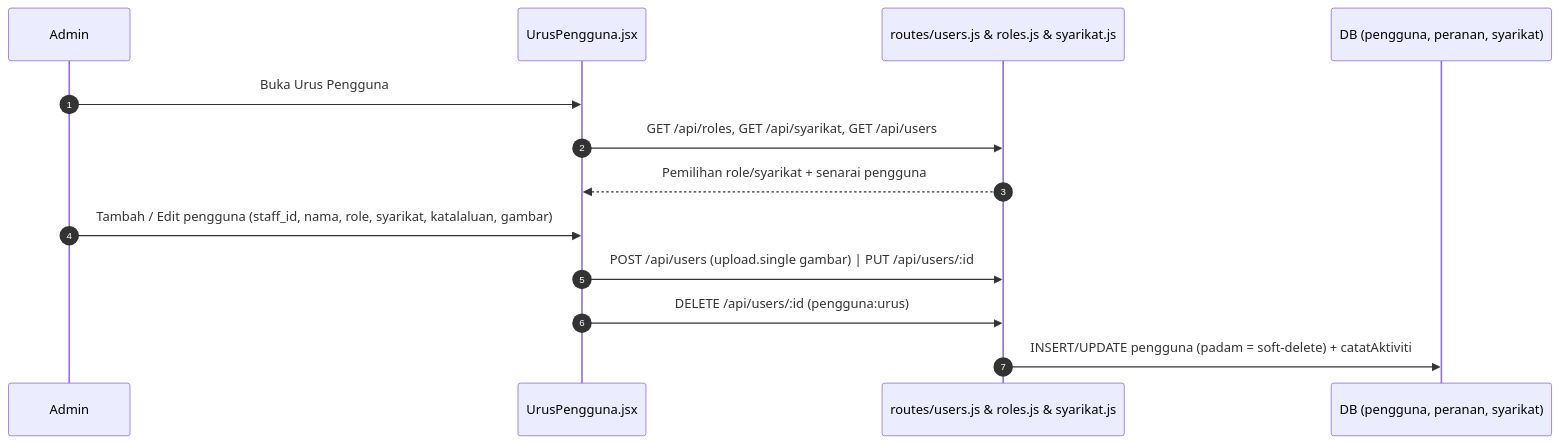
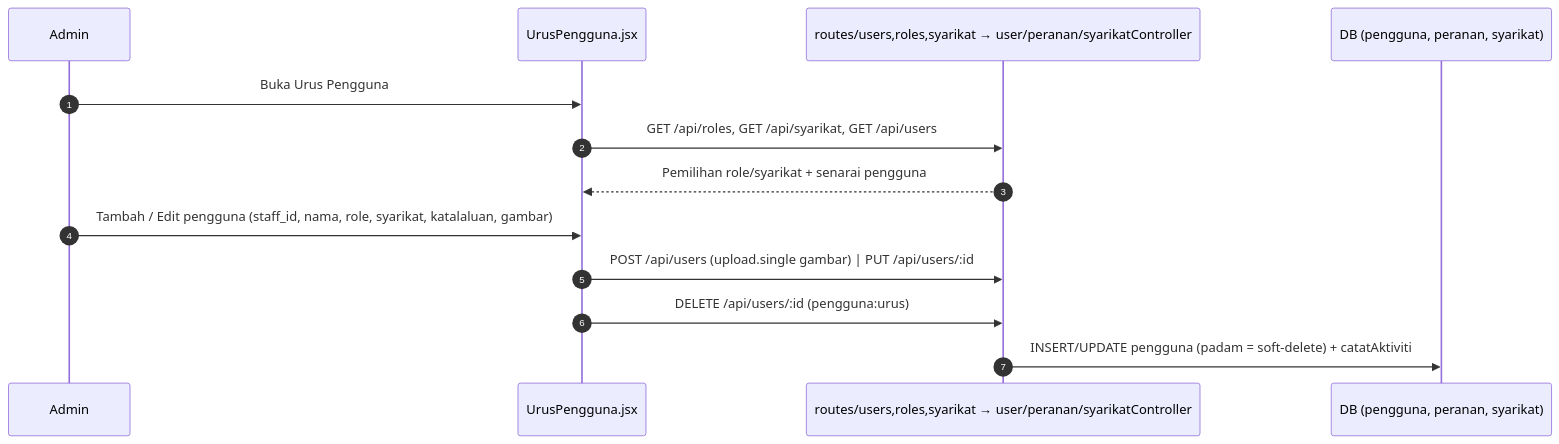
The diagram in docs/pipeline/08-pengguna-notifikasi-log.md (aimaniss/RiskManagementSystem), drawn with Mermaid before and after one commit. The commit also changed 35 other files, not shown here.

````diff
--- a/docs/pipeline/08-pengguna-notifikasi-log.md
+++ b/docs/pipeline/08-pengguna-notifikasi-log.md
@@ -10,16 +10,16 @@
 ```mermaid
 sequenceDiagram
   autonumber
   participant A as Admin
   participant U as UrusPengguna.jsx
-  participant B as routes/users.js & roles.js & syarikat.js
+  participant B as routes/users,roles,syarikat → user/peranan/syarikatController
   participant DB as DB (pengguna, peranan, syarikat)
 
   A->>U: Buka Urus Pengguna
   U->>B: GET /api/roles, GET /api/syarikat, GET /api/users
   B-->>U: Pemilihan role/syarikat + senarai pengguna
   A->>U: Tambah / Edit pengguna (staff_id, nama, role, syarikat, katalaluan, gambar)
   U->>B: POST /api/users (upload.single gambar) | PUT /api/users/:id
   U->>B: DELETE /api/users/:id (pengguna:urus)
   B->>DB: INSERT/UPDATE pengguna (padam = soft-delete) + catatAktiviti
 ```
````
